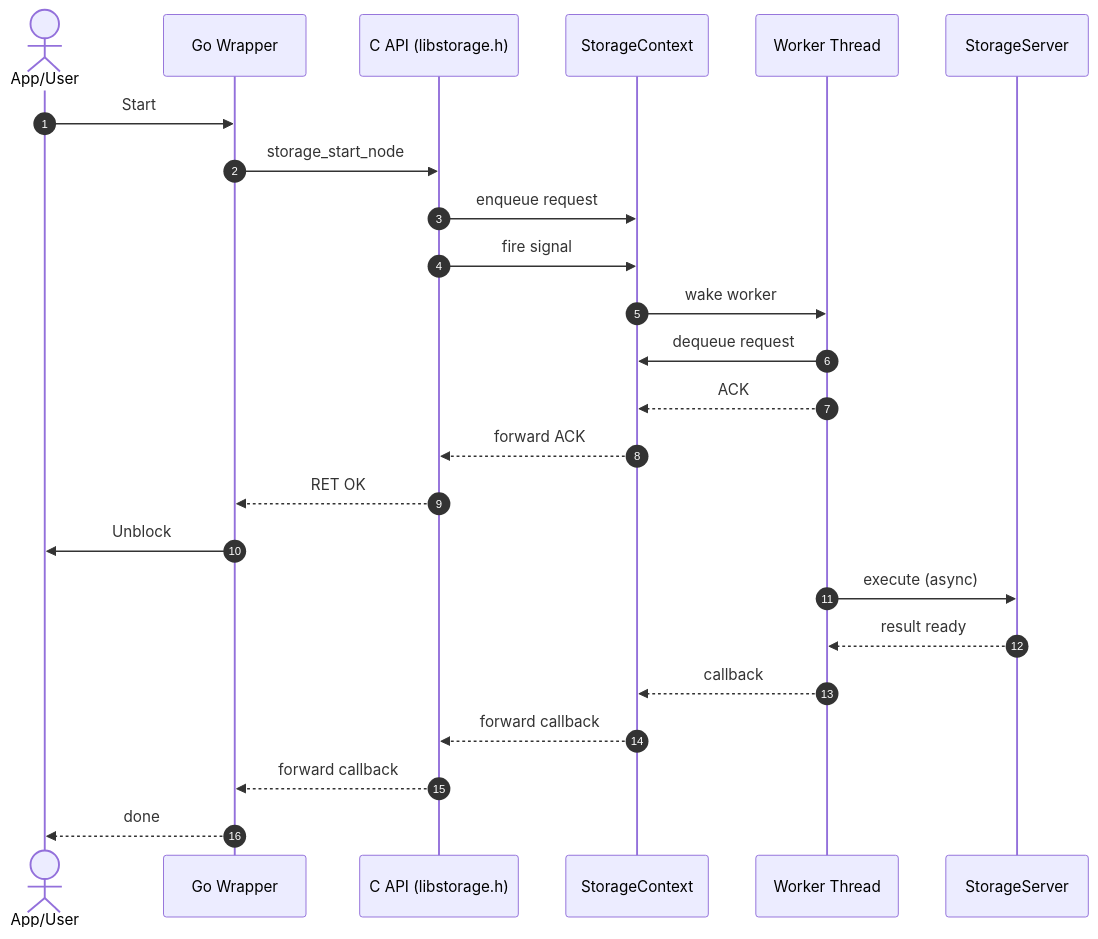
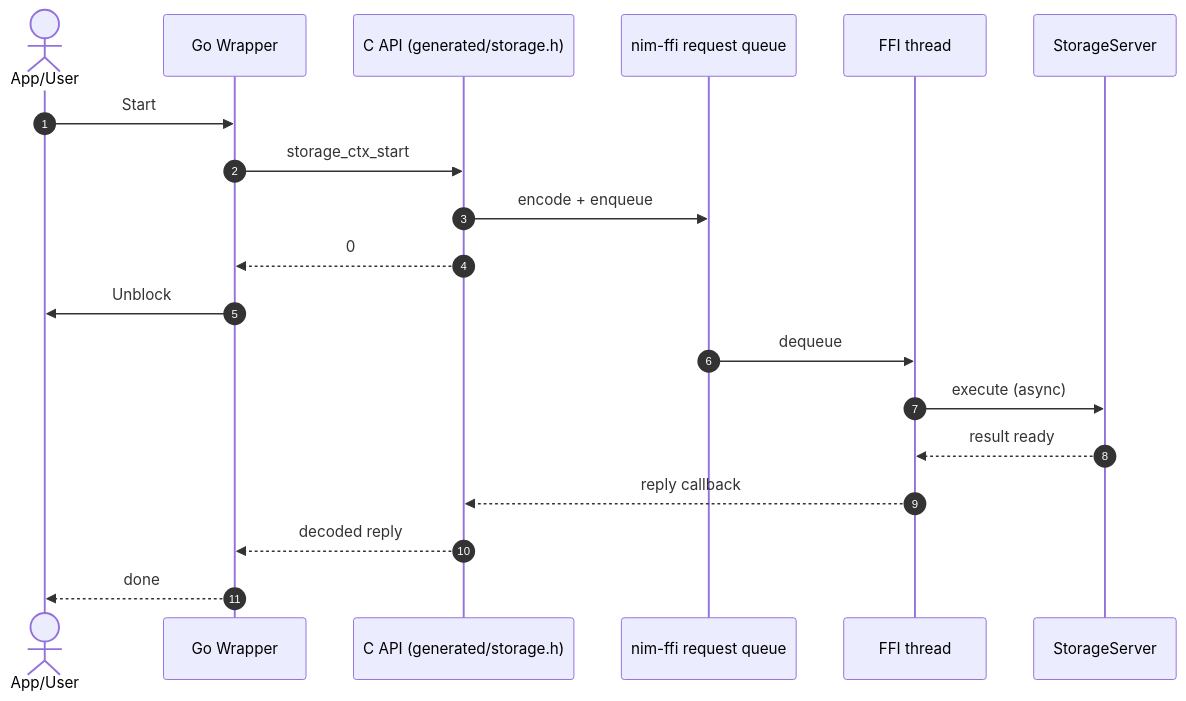
One commit to codex-storage/nim-codex changed the diagram in library/README.md. Above: the diagram before and after it, drawn with Mermaid. The commit also changed other lines of this file and 36 other files, not shown here.

Commit message:
feat: use nim-ffi

````diff
--- a/library/README.md
+++ b/library/README.md
@@ -11,27 +31,22 @@
 ```mermaid
 sequenceDiagram
     autonumber
     actor App as App/User
     participant Go as Go Wrapper
-    participant C as C API (libstorage.h)
-    participant Ctx as StorageContext
-    participant Thr as Worker Thread
+    participant C as C API (generated/storage.h)
+    participant Q as nim-ffi request queue
+    participant Thr as FFI thread
     participant Eng as StorageServer
 
     App->>Go: Start
-    Go->>C: storage_start_node
-    C->>Ctx: enqueue request
-    C->>Ctx: fire signal
-    Ctx->>Thr: wake worker
-    Thr->>Ctx: dequeue request
-    Thr-->>Ctx: ACK
-    Ctx-->>C: forward ACK
-    C-->>Go: RET OK 
+    Go->>C: storage_ctx_start
+    C->>Q: encode + enqueue
+    C-->>Go: 0
     Go->>App: Unblock
+    Q->>Thr: dequeue
     Thr->>Eng: execute (async)
     Eng-->>Thr: result ready
-    Thr-->>Ctx: callback
-    Ctx-->>C: forward callback
-    C-->>Go: forward callback
+    Thr-->>C: reply callback
+    C-->>Go: decoded reply
     Go-->>App: done
 ```
````
